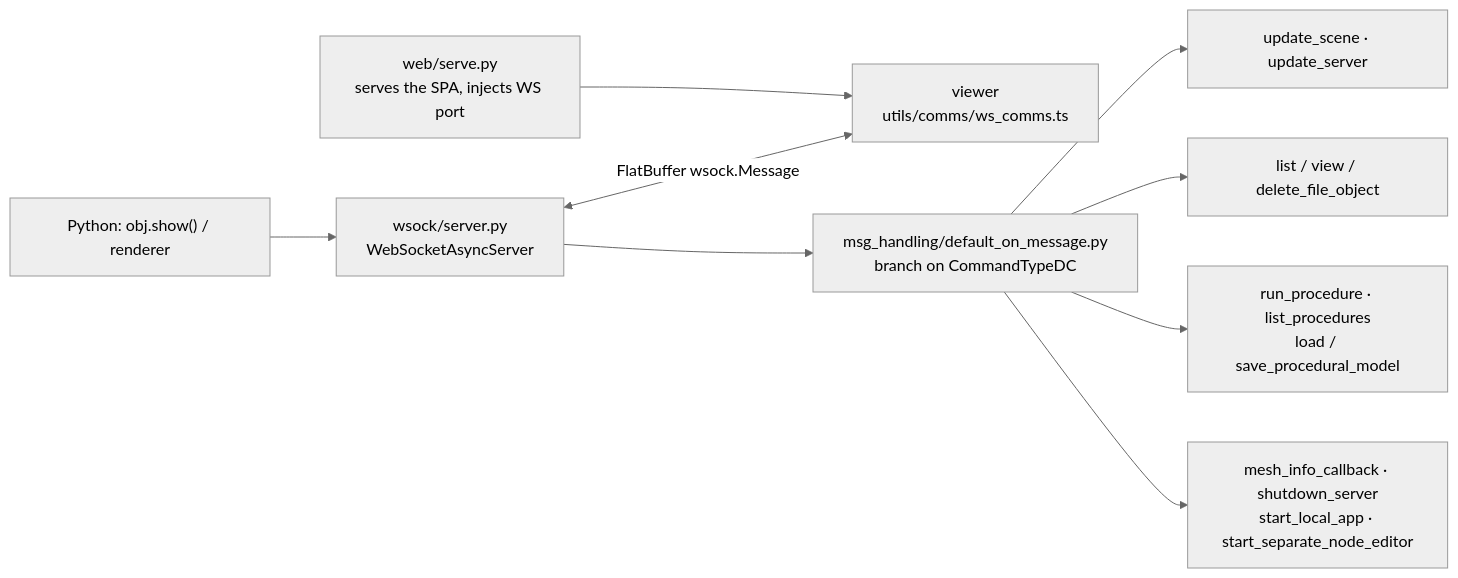
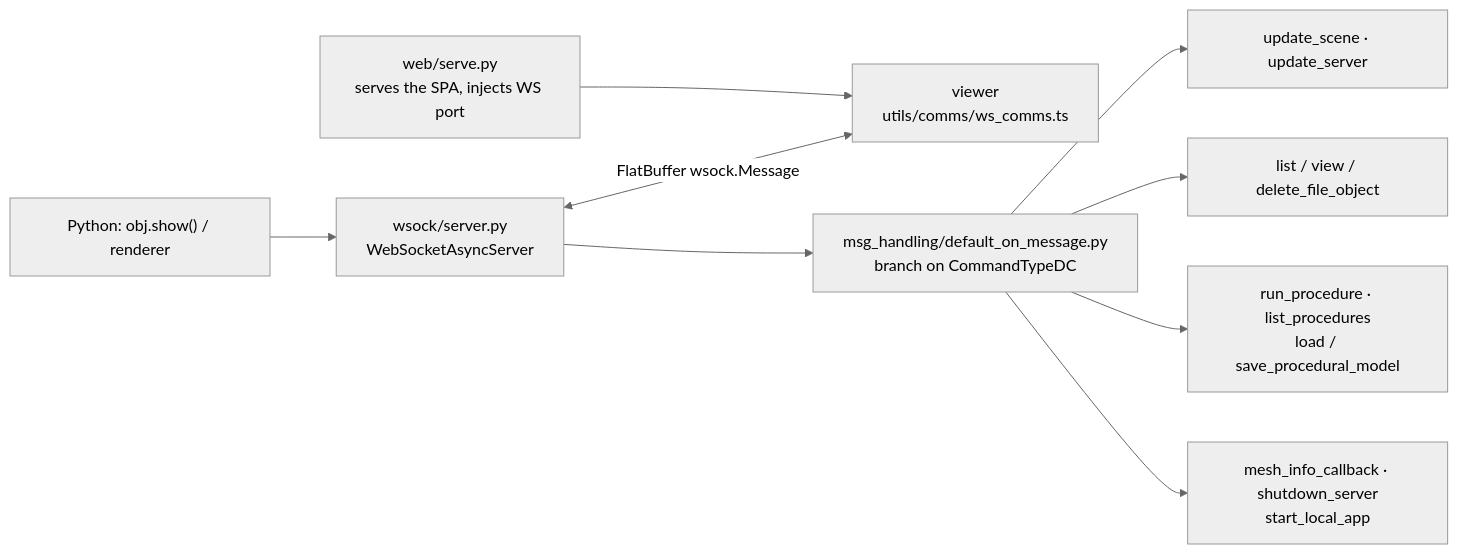
Before and after one commit to Krande/adapy: the third of 4 diagrams in docs/architecture/platform.md, drawn with Mermaid (neutral theme). The commit also changed 73 other files, not shown here.

First line of the commit message:
refactor(viewer)!: remove the node editor

````diff
--- a/docs/architecture/platform.md
+++ b/docs/architecture/platform.md
@@ -145,16 +145,16 @@
 ```mermaid
 flowchart LR
     PY["Python: obj.show() / renderer"] --> SRV["wsock/server.py<br/>WebSocketAsyncServer"]
     SRV <-- "FlatBuffer wsock.Message" --> FE["viewer<br/>utils/comms/ws_comms.ts"]
     SRV --> H["msg_handling/default_on_message.py<br/>branch on CommandTypeDC"]
     H --> C1["update_scene · update_server"]
     H --> C2["list / view / delete_file_object"]
     H --> C3["run_procedure · list_procedures<br/>load / save_procedural_model"]
-    H --> C4["mesh_info_callback · shutdown_server<br/>start_local_app · start_separate_node_editor"]
+    H --> C4["mesh_info_callback · shutdown_server<br/>start_local_app"]
     WEB["web/serve.py<br/>serves the SPA, injects WS port"] --> FE
 
     click SRV href "https://github.com/Krande/adapy/blob/main/src/ada/comms/wsock/server.py" "WebSocketAsyncServer"
     click H href "https://github.com/Krande/adapy/blob/main/src/ada/comms/msg_handling/default_on_message.py" "Message dispatch"
     click WEB href "https://github.com/Krande/adapy/blob/main/src/ada/comms/web/serve.py" "Static SPA server"
     click FE href "architecture/frontend/" "The viewer"
 ```
````
